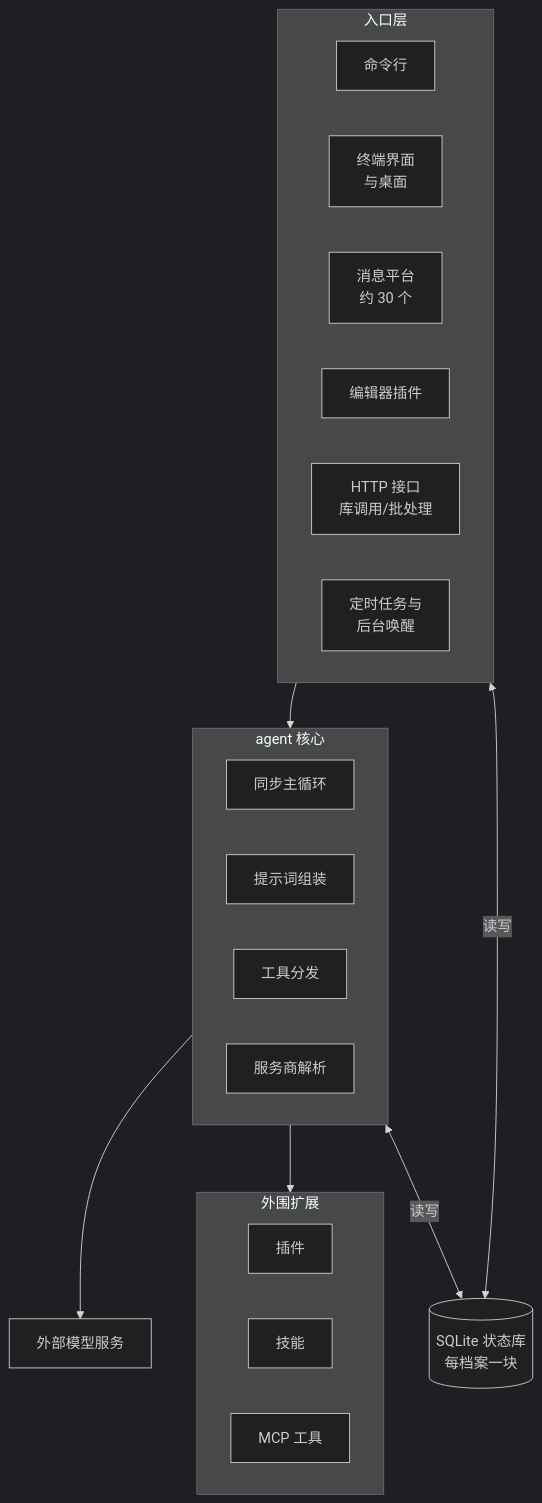
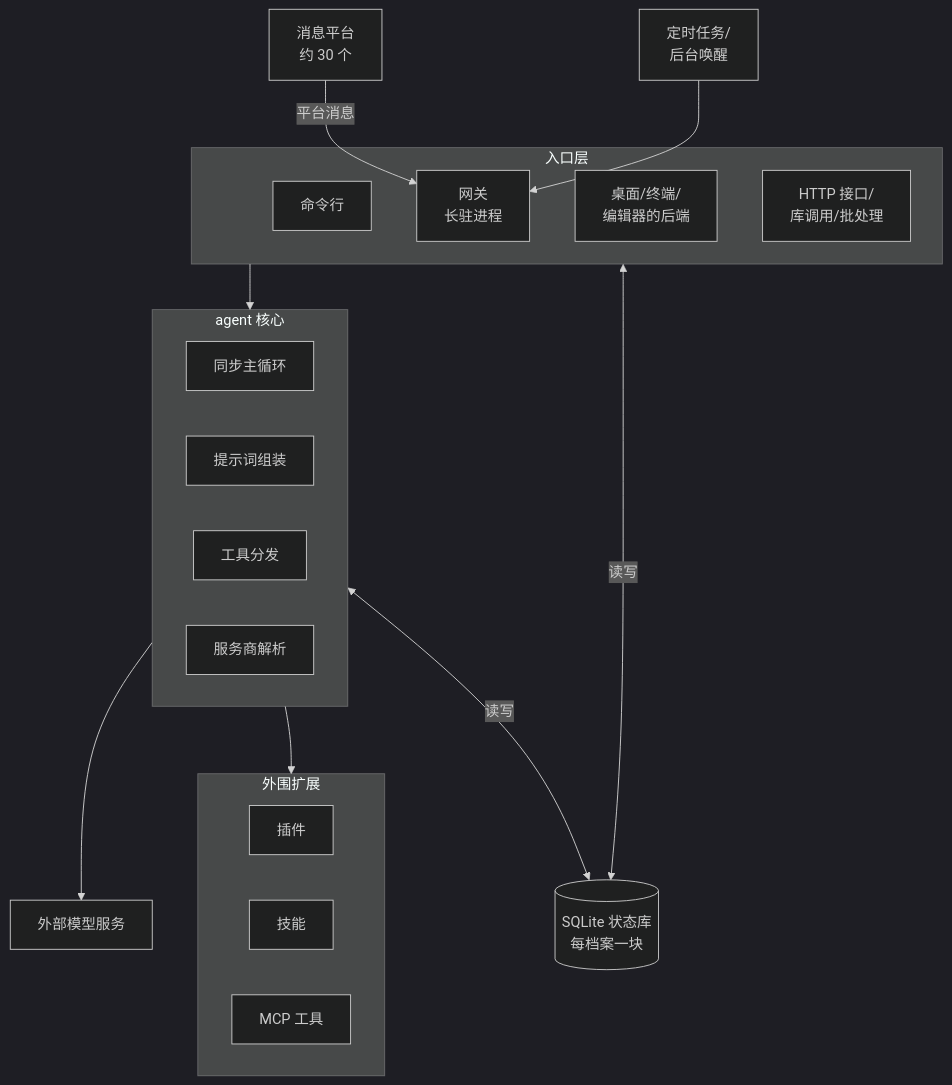
One commit to Mr-ZeLong/hermes-agent-analysis changed the diagram in docs/architecture.md. Above: the diagram before and after it, drawn with Mermaid (dark theme). The commit also changed other lines of this file, not shown here.

Commit message:
docs: Q1 图补上网关节点（命令行/网关的进程关系），主答入口层段对齐（用户反馈）

````diff
--- a/docs/architecture.md
+++ b/docs/architecture.md
@@ -23,29 +23,29 @@
 ```mermaid
 flowchart TD
     subgraph ENT[入口层]
         CLI[命令行]
-        GUI[终端界面<br>与桌面]
-        MSG[消息平台<br>约 30 个]
-        EDI[编辑器插件]
-        API[HTTP 接口<br>库调用/批处理]
-        AU[定时任务与<br>后台唤醒]
+        GW[网关<br>长驻进程]
+        GUI[桌面/终端/<br>编辑器的后端]
+        API[HTTP 接口/<br>库调用/批处理]
     end
     subgraph CORE[agent 核心]
         LOOP[同步主循环]
         PB[提示词组装]
         TD[工具分发]
         PR[服务商解析]
     end
     subgraph EDGE[外围扩展]
         PLG[插件]
         SK[技能]
         MCP[MCP 工具]
     end
     DB[(SQLite 状态库<br>每档案一块)]
     LLM[外部模型服务]
+    MSG[消息平台<br>约 30 个] -->|平台消息| GW
+    CRON[定时任务/<br>后台唤醒] --> GW
     ENT --> CORE
     CORE --> LLM
     CORE --> EDGE
     CORE <-- 读写 --> DB
     ENT <-- 读写 --> DB
 ```
````
